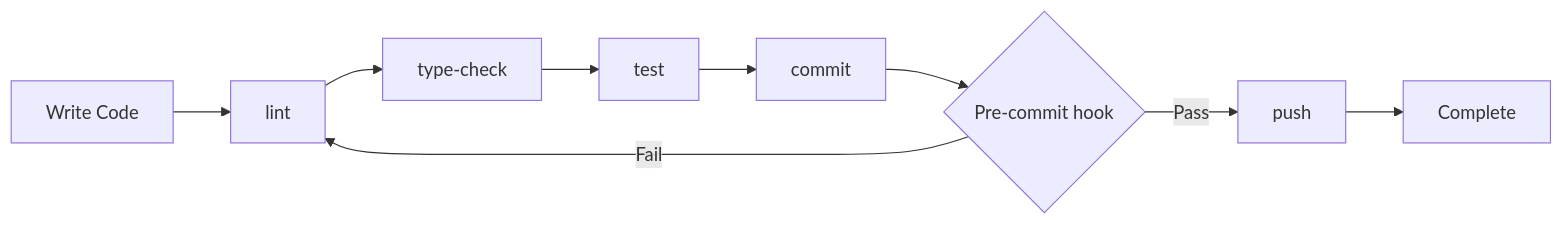
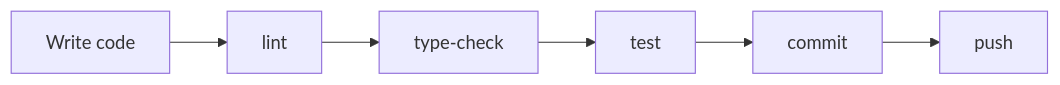
Before and after one commit to youming-ai/shadowing-learning: the diagram in docs/DEVELOPMENT.md, drawn with Mermaid. The commit also changed other lines of this file and 9 other files, not shown here.

First line of the commit message:
chore: align architecture docs and remove stale config

````diff
--- a/docs/DEVELOPMENT.md
+++ b/docs/DEVELOPMENT.md
@@ -129,11 +116,8 @@
 ```mermaid
 flowchart LR
-    A[Write Code] --> B[lint]
+    A[Write code] --> B[lint]
     B --> C[type-check]
     C --> D[test]
     D --> E[commit]
-    E --> F{Pre-commit hook}
-    F -->|Pass| G[push]
-    F -->|Fail| B
-    G --> H[Complete]
+    E --> F[push]
 ```
````
